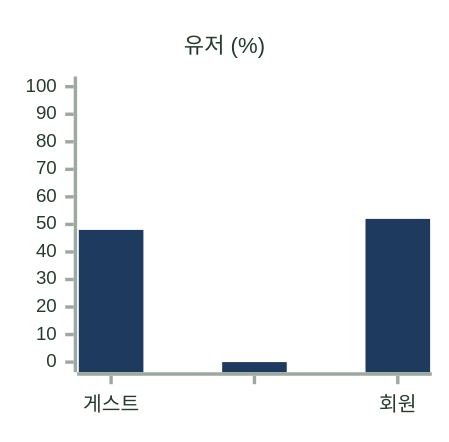
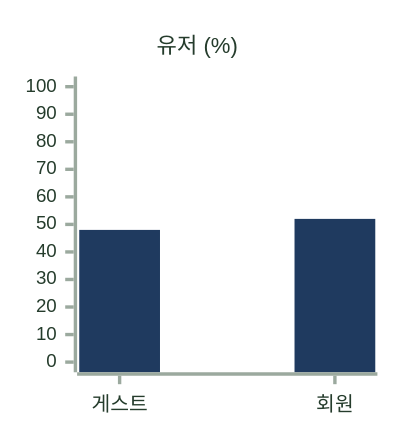
Before and after one commit to KIM-N-KANG/knk-harness: the second of 16 diagrams in docs/AI/CHAT/6-4-AI-EVALUATION-METHOD.md, drawn with Mermaid. The commit also changed other lines of this file, not shown here.

````diff
--- a/docs/AI/CHAT/6-4-AI-EVALUATION-METHOD.md
+++ b/docs/AI/CHAT/6-4-AI-EVALUATION-METHOD.md
@@ -75,8 +75,8 @@
 ```mermaid
-%%{init: {"theme": "base", "xyChart": {"width": 244, "height": 240, "titleFontSize": 13, "xAxis": {"labelFontSize": 12}, "yAxis": {"labelFontSize": 11, "showTitle": false}}, "themeVariables": {"xyChart": {"backgroundColor": "#FFFFFF", "titleColor": "#253C2C", "xAxisLabelColor": "#253C2C", "xAxisLineColor": "#9BA99E", "xAxisTickColor": "#9BA99E", "yAxisLabelColor": "#253C2C", "yAxisLineColor": "#9BA99E", "yAxisTickColor": "#9BA99E", "plotColorPalette": "#1F3A5F"}}}}%%
+%%{init: {"theme": "base", "xyChart": {"width": 212, "height": 240, "titleFontSize": 13, "xAxis": {"labelFontSize": 12}, "yAxis": {"labelFontSize": 11, "showTitle": false}}, "themeVariables": {"xyChart": {"backgroundColor": "#FFFFFF", "titleColor": "#253C2C", "xAxisLabelColor": "#253C2C", "xAxisLineColor": "#9BA99E", "xAxisTickColor": "#9BA99E", "yAxisLabelColor": "#253C2C", "yAxisLineColor": "#9BA99E", "yAxisTickColor": "#9BA99E", "plotColorPalette": "#1F3A5F"}}}}%%
 xychart-beta
     title "유저 (%)"
-    x-axis ["게스트", " ", "회원"]
+    x-axis ["게스트", "회원"]
     y-axis 0 --> 100
-    bar [48, 0, 52]
+    bar [48, 52]
 ```
````
